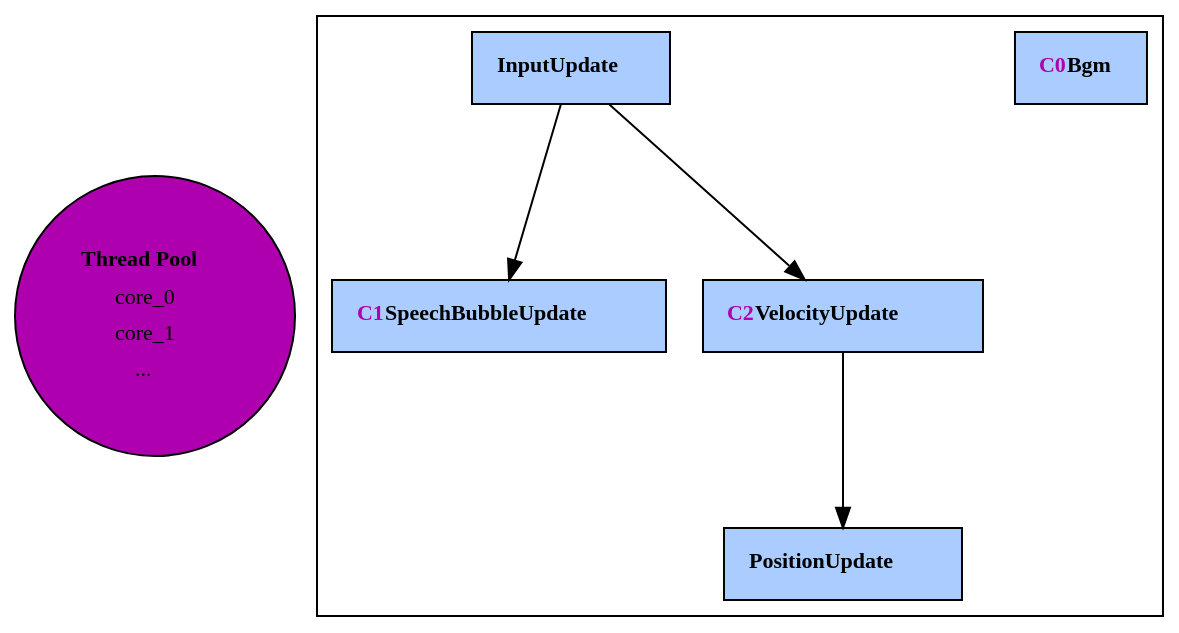
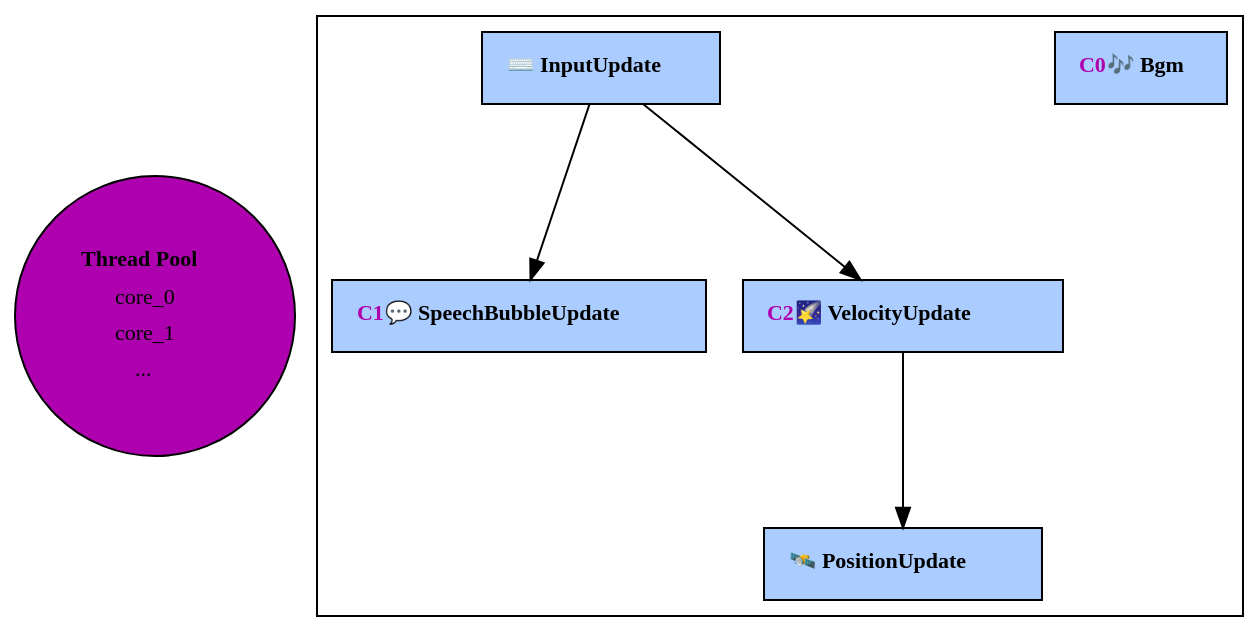
Before and after one commit to azriel91/ecs_paradigm: the diagram in assets/dot/dispatcher_thread_pool.dot, drawn with Graphviz. The commit also changed 5 other files, not shown here.

Commit message:
Added emoji to dispatcher systems graph.

```diff
--- a/assets/dot/dispatcher_thread_pool.dot
+++ b/assets/dot/dispatcher_thread_pool.dot
@@ -1,79 +1,79 @@
 digraph Dispatcher {
     graph [
         fontname = "Arial",
         fontsize = 16,
         labelloc = top,
         bgcolor = "transparent",
     ];
 
     node [
         fillcolor = "#aaccff",
         fontname = "consolas",
         fontsize = 11,
         shape = box,
         style = filled,
     ];
 
     // Label definitions
 
     thread_pool [
         label = <<table border="0" cellborder="0">
             <tr><td><b>Thread Pool</b></td></tr>
             <tr><td style="radial">core_0</td></tr>
             <tr><td style="radial">core_1</td></tr>
             <tr><td style="radial">...</td></tr>
         </table>>,
         fillcolor = "#af00af",
         shape = "circle",
     ];
 
     invis_2 [label = "", style = "invis"];
     invis_2 -> thread_pool [style = "invis"];
 
     subgraph cluster_systems {
         bgm [
             label = <<table border="0" cellborder="0">
-                <tr><td align="left"><b><font color="#af00af">C0</font> Bgm</b></td></tr>
+                <tr><td align="left"><b><font color="#af00af">C0</font> 🎶 Bgm</b></td></tr>
             </table>>,
         ];
 
         input_update [
             label = <<table border="0" cellborder="0">
-                <tr><td align="left"><b>InputUpdate</b></td></tr>
+                <tr><td align="left"><b>⌨️ InputUpdate</b></td></tr>
             </table>>,
         ];
 
         speech_bubble_update [
             label = <<table border="0" cellborder="0">
-                <tr><td align="left"><b><font color="#af00af">C1</font> SpeechBubbleUpdate</b></td></tr>
+                <tr><td align="left"><b><font color="#af00af">C1</font> 💬 SpeechBubbleUpdate</b></td></tr>
             </table>>,
         ];
 
         velocity_update [
             label = <<table border="0" cellborder="0">
-                <tr><td align="left"><b><font color="#af00af">C2</font> VelocityUpdate</b></td></tr>
+                <tr><td align="left"><b><font color="#af00af">C2</font> 🌠 VelocityUpdate</b></td></tr>
             </table>>,
         ];
 
         position_update [
             label = <<table border="0" cellborder="0">
-                <tr><td align="left"><b>PositionUpdate</b></td></tr>
+                <tr><td align="left"><b>🛰️ PositionUpdate</b></td></tr>
             </table>>,
         ];
 
         input_update -> velocity_update;
         input_update -> speech_bubble_update;
 
         velocity_update -> position_update;
 
         // Alignment edges
         subgraph {
             node [style = "invis"];
             edge [style = "invis"];
 
             invis_0 -> velocity_update;
             invis_0 -> invis_1;
             bgm -> invis_1;
         }
     }
 }
```
